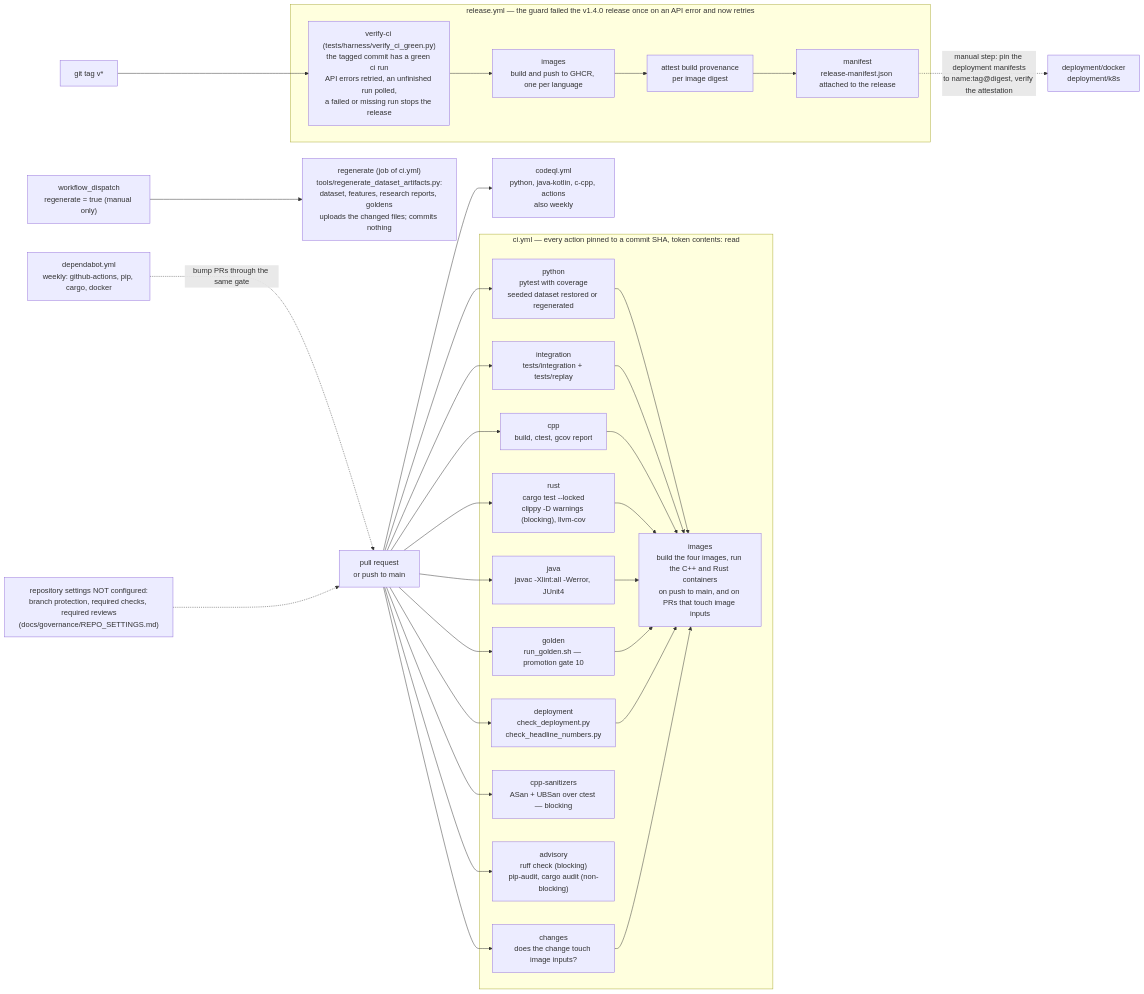
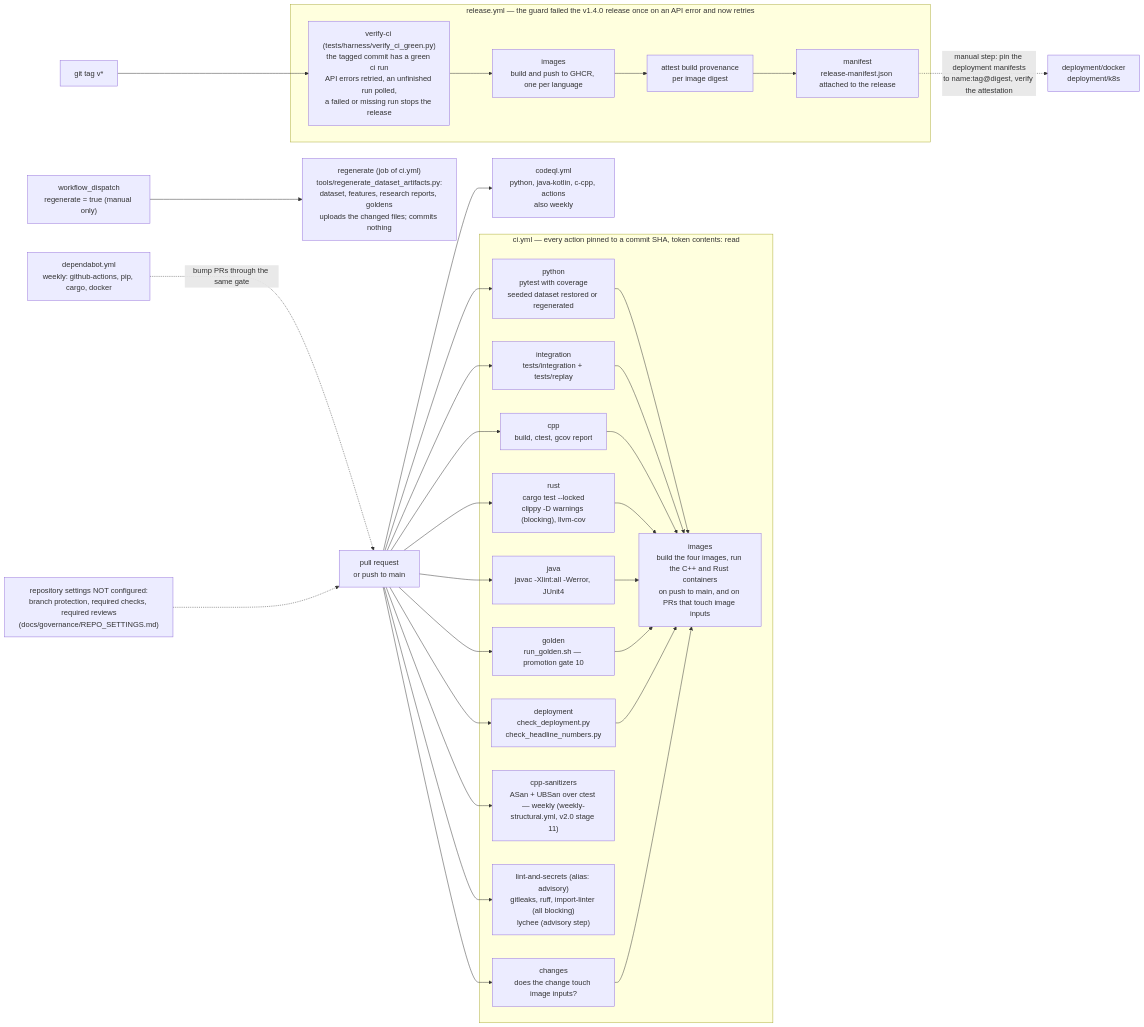
Before and after one commit to AshJha0/intraday-alpha-platform: the diagram in docs/diagrams/ci_release_pipeline.mmd, drawn with Mermaid. The commit also changed 272 other files, not shown here.

```diff
--- a/docs/diagrams/ci_release_pipeline.mmd
+++ b/docs/diagrams/ci_release_pipeline.mmd
@@ -1,48 +1,48 @@
 flowchart LR
     %% .github/workflows/{ci,codeql,release}.yml and dependabot.yml as of v1.5.0.
     PR["pull request<br/>or push to main"] --> PY
     PR --> INT
     PR --> CPP
     PR --> RS
     PR --> JV
     PR --> GOLD
     PR --> DEP
     PR --> ASAN
     PR --> ADV
     PR --> CHG
     subgraph CI["ci.yml — every action pinned to a commit SHA, token contents: read"]
         PY["python<br/>pytest with coverage<br/>seeded dataset restored or regenerated"]
         INT["integration<br/>tests/integration + tests/replay"]
         CPP["cpp<br/>build, ctest, gcov report"]
         RS["rust<br/>cargo test --locked<br/>clippy -D warnings (blocking), llvm-cov"]
         JV["java<br/>javac -Xlint:all -Werror, JUnit4"]
         GOLD["golden<br/>run_golden.sh — promotion gate 10"]
         DEP["deployment<br/>check_deployment.py<br/>check_headline_numbers.py"]
-        ASAN["cpp-sanitizers<br/>ASan + UBSan over ctest — blocking"]
-        ADV["advisory<br/>ruff check (blocking)<br/>pip-audit, cargo audit (non-blocking)"]
+        ASAN["cpp-sanitizers<br/>ASan + UBSan over ctest — weekly (weekly-structural.yml, v2.0 stage 11)"]
+        ADV["lint-and-secrets (alias: advisory)<br/>gitleaks, ruff, import-linter (all blocking)<br/>lychee (advisory step)"]
         CHG["changes<br/>does the change touch image inputs?"]
         IMG["images<br/>build the four images, run the C++ and Rust containers<br/>on push to main, and on PRs that touch image inputs"]
     end
     PY --> IMG
     INT --> IMG
     CPP --> IMG
     RS --> IMG
     JV --> IMG
     GOLD --> IMG
     DEP --> IMG
     CHG --> IMG
     DISP["workflow_dispatch<br/>regenerate = true (manual only)"] --> REGEN["regenerate (job of ci.yml)<br/>tools/regenerate_dataset_artifacts.py:<br/>dataset, features, research reports, goldens<br/>uploads the changed files; commits nothing"]
     PR --> CQL["codeql.yml<br/>python, java-kotlin, c-cpp, actions<br/>also weekly"]
     DB["dependabot.yml<br/>weekly: github-actions, pip, cargo, docker"] -.->|"bump PRs through the same gate"| PR
     TAG["git tag v*"] --> VER
     subgraph REL["release.yml — the guard failed the v1.4.0 release once on an API error and now retries"]
         VER["verify-ci (tests/harness/verify_ci_green.py)<br/>the tagged commit has a green ci run<br/>API errors retried, an unfinished run polled,<br/>a failed or missing run stops the release"]
         BLD["images<br/>build and push to GHCR, one per language"]
         ATT["attest build provenance<br/>per image digest"]
         MAN["manifest<br/>release-manifest.json attached to the release"]
         VER --> BLD
         BLD --> ATT
         ATT --> MAN
     end
     MAN -.->|"manual step: pin the deployment manifests<br/>to name:tag@digest, verify the attestation"| DEPLOY["deployment/docker<br/>deployment/k8s"]
     NOTE["repository settings NOT configured:<br/>branch protection, required checks, required reviews<br/>(docs/governance/REPO_SETTINGS.md)"] -.-> PR
```
